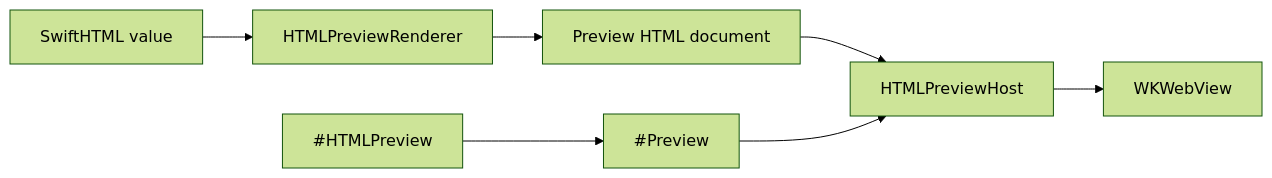
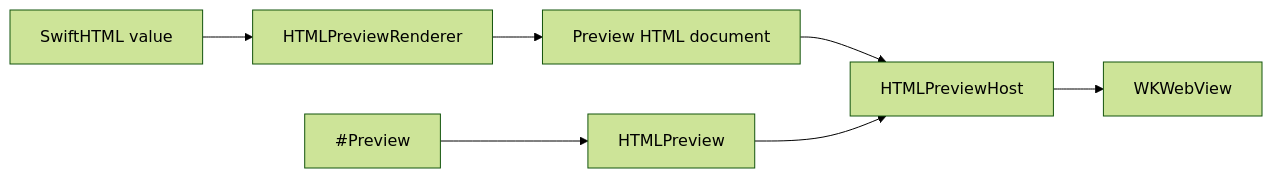
One commit to 1amageek/swift-html changed the diagram in Sources/SwiftHTMLPreview/SwiftHTMLPreview.docc/SwiftHTMLPreview.md. Above: the diagram before and after it, drawn with Mermaid (forest theme). The commit also changed other lines of this file and 15 other files, not shown here.

````diff
--- a/Sources/SwiftHTMLPreview/SwiftHTMLPreview.docc/SwiftHTMLPreview.md
+++ b/Sources/SwiftHTMLPreview/SwiftHTMLPreview.docc/SwiftHTMLPreview.md
@@ -13,9 +13,9 @@
 ```mermaid
 flowchart LR
   HTML["SwiftHTML value"] --> Renderer["HTMLPreviewRenderer"]
   Renderer --> Document["Preview HTML document"]
   Document --> Host["HTMLPreviewHost"]
   Host --> WebView["WKWebView"]
-  Macro["#HTMLPreview"] --> Preview["#Preview"]
-  Preview --> Host
+  Preview["#Preview"] --> View["HTMLPreview"]
+  View --> Host
 ```
````
